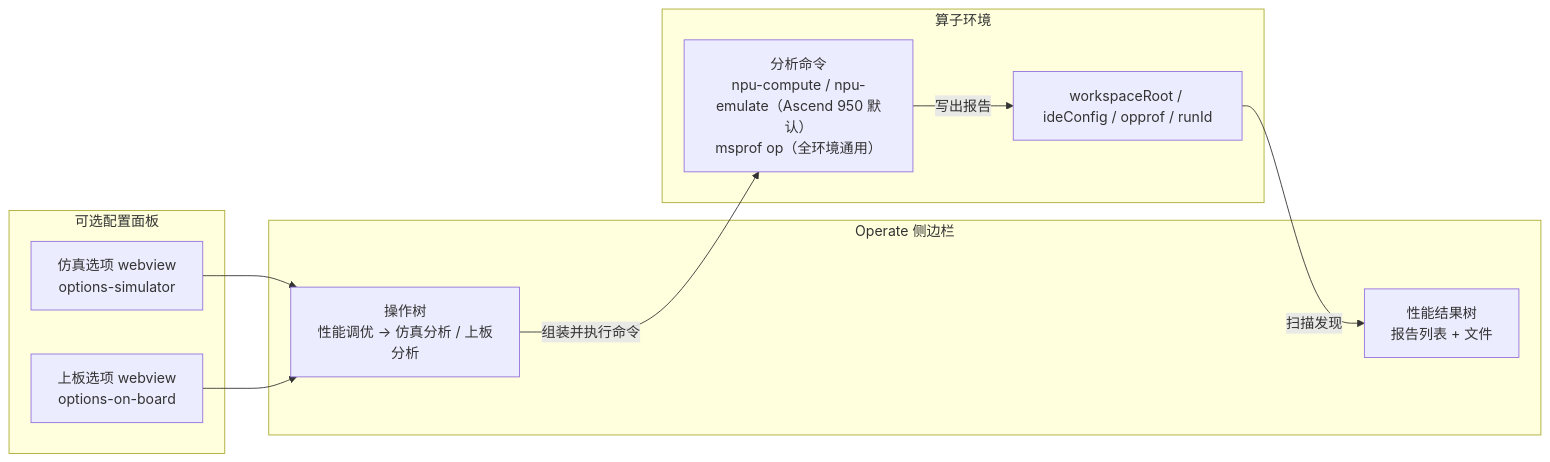
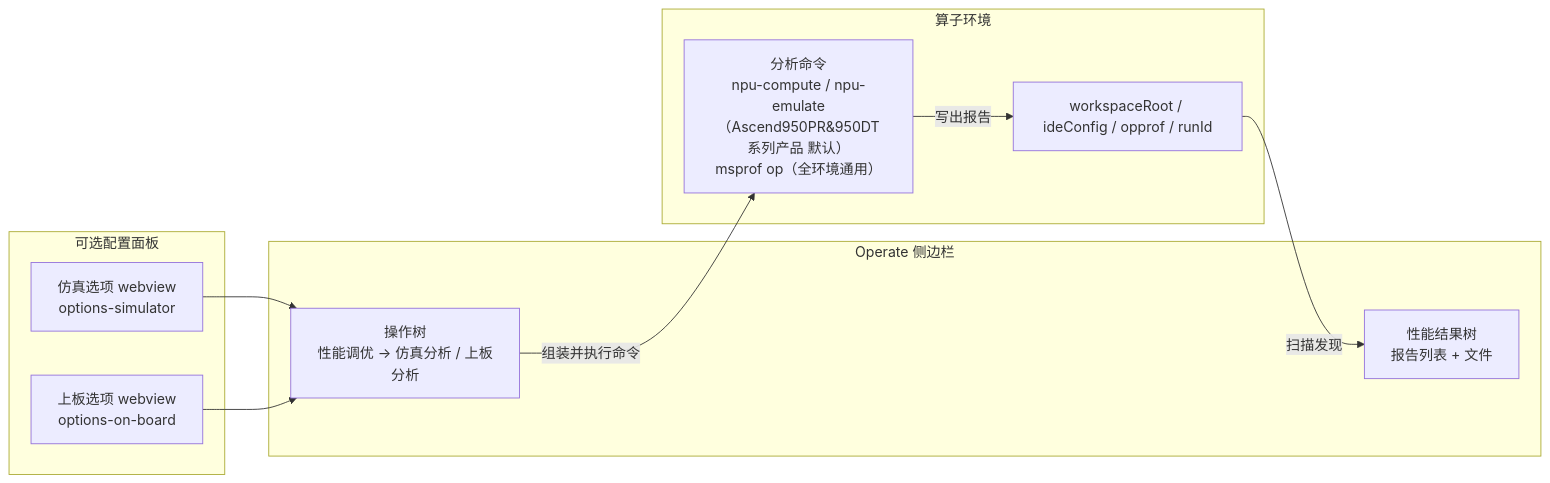
One commit to IdeFrontend/opdev_plugin changed the first of 4 diagrams in docs/onboard_simulation_interaction.md. Above: the diagram before and after it, drawn with Mermaid. The commit also changed other lines of this file and 17 other files, not shown here.

````diff
--- a/docs/onboard_simulation_interaction.md
+++ b/docs/onboard_simulation_interaction.md
@@ -34,21 +34,21 @@
 ```mermaid
 flowchart LR
   subgraph Sidebar["Operate 侧边栏"]
     FlowTree["操作树<br/>性能调优 → 仿真分析 / 上板分析"]
     ResultsTree["性能结果树<br/>报告列表 + 文件"]
   end
   subgraph Panels["可选配置面板"]
     SimOpts["仿真选项 webview<br/>options-simulator"]
     BoardOpts["上板选项 webview<br/>options-on-board"]
   end
   subgraph Runtime["算子环境"]
-    CliTool["分析命令<br/>npu-compute / npu-emulate（Ascend 950 默认）<br/>msprof op（全环境通用）"]
+    CliTool["分析命令<br/>npu-compute / npu-emulate（Ascend950PR&950DT系列产品 默认）<br/>msprof op（全环境通用）"]
     Opprof["workspaceRoot / ideConfig / opprof / runId"]
   end
 
   SimOpts --> FlowTree
   BoardOpts --> FlowTree
   FlowTree -->|组装并执行命令| CliTool
   CliTool -->|写出报告| Opprof
   Opprof -->|扫描发现| ResultsTree
 ```
````
